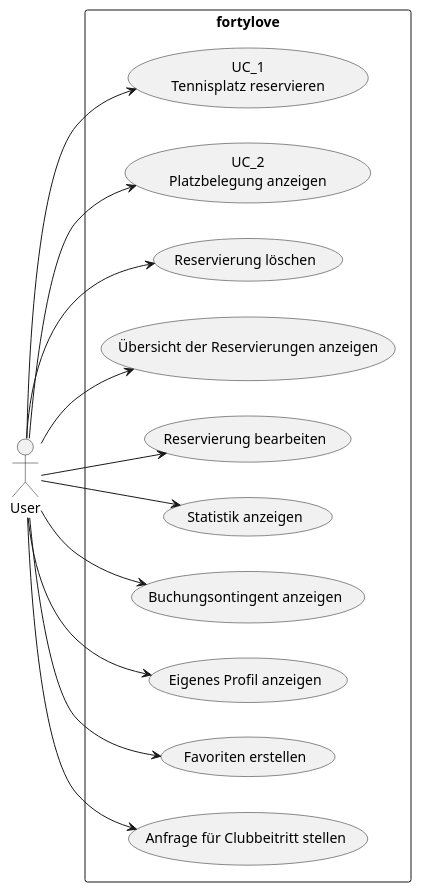
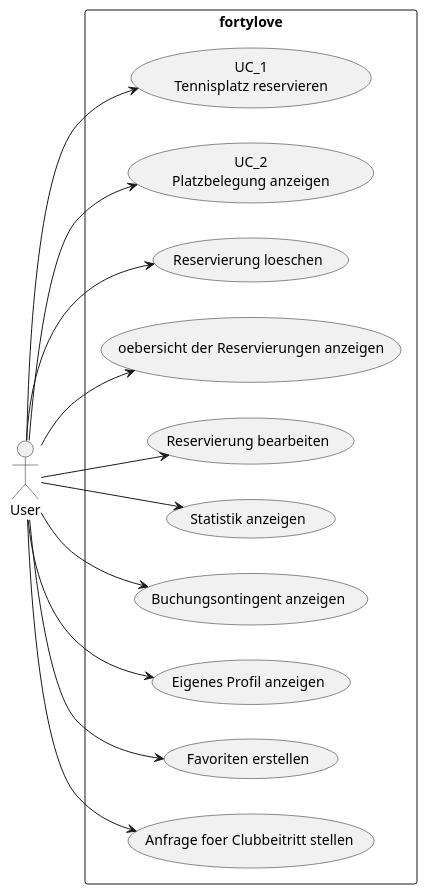
Before and after one commit to incrediblybadcoder/fortylove: the diagram in documents/design/usecases/UseCasesUser.puml, drawn with PlantUML. The commit also changed 2 other files, not shown here.

```diff
--- a/documents/design/usecases/UseCasesUser.puml
+++ b/documents/design/usecases/UseCasesUser.puml
@@ -1,17 +1,17 @@
 @startuml
 left to right direction
 actor "User" as Actor
 rectangle fortylove {
     Actor --> (UC_1\nTennisplatz reservieren)
     Actor --> (UC_2\nPlatzbelegung anzeigen)
-    Actor --> (Reservierung löschen)
-    Actor --> (Übersicht der Reservierungen anzeigen)
+    Actor --> (Reservierung loeschen)
+    Actor --> (oebersicht der Reservierungen anzeigen)
     Actor --> (Reservierung bearbeiten)
     Actor --> (Statistik anzeigen)
     Actor --> (Buchungsontingent anzeigen)
     Actor --> (Eigenes Profil anzeigen)
     Actor --> (Favoriten erstellen)
-    Actor --> (Anfrage für Clubbeitritt stellen)
+    Actor --> (Anfrage foer Clubbeitritt stellen)
 }
 
 @enduml
```
